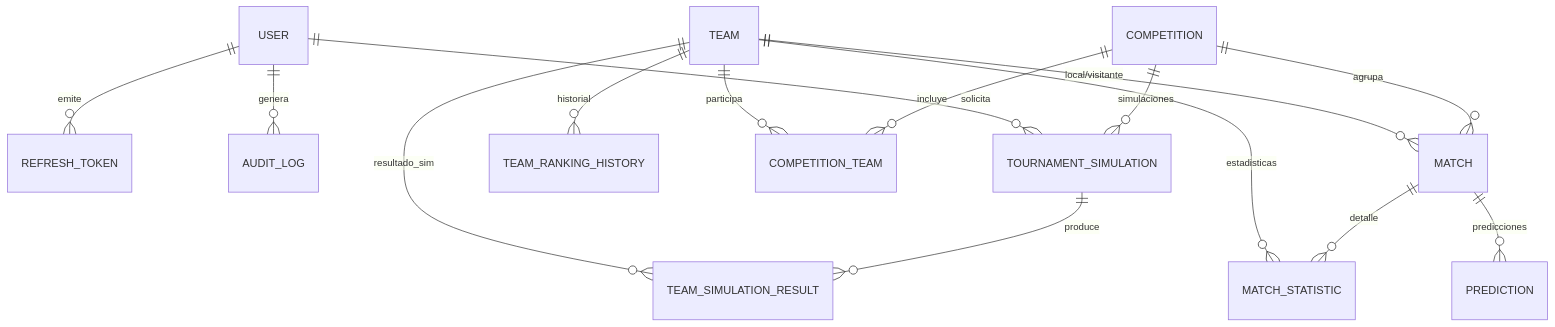
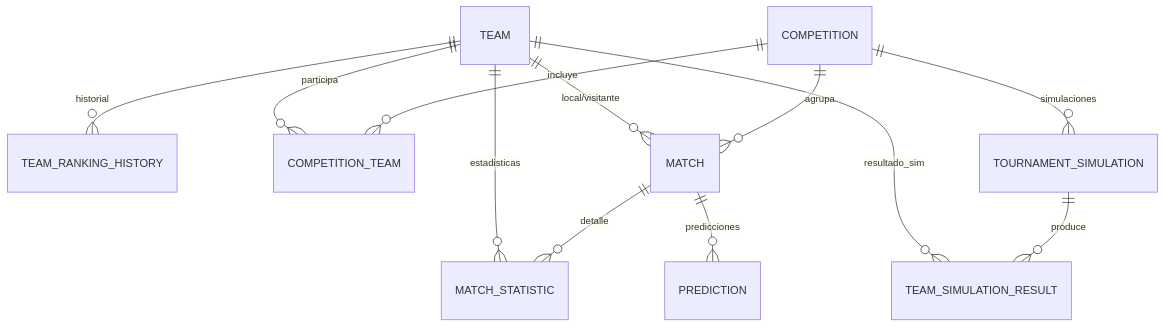
Before and after one commit to PaulRrH/football-analytics-platform: the diagram in docs/DATABASE.md, drawn with Mermaid. The commit also changed other lines of this file and 77 other files, not shown here.

````diff
--- a/docs/DATABASE.md
+++ b/docs/DATABASE.md
@@ -10,17 +10,14 @@
 ```mermaid
 erDiagram
-    USER ||--o{ REFRESH_TOKEN : emite
-    USER ||--o{ AUDIT_LOG : genera
-    USER ||--o{ TOURNAMENT_SIMULATION : solicita
     TEAM ||--o{ TEAM_RANKING_HISTORY : historial
     TEAM ||--o{ COMPETITION_TEAM : participa
     TEAM ||--o{ MATCH : "local/visitante"
     TEAM ||--o{ MATCH_STATISTIC : estadisticas
     TEAM ||--o{ TEAM_SIMULATION_RESULT : resultado_sim
     COMPETITION ||--o{ COMPETITION_TEAM : incluye
     COMPETITION ||--o{ MATCH : agrupa
     COMPETITION ||--o{ TOURNAMENT_SIMULATION : simulaciones
     MATCH ||--o{ MATCH_STATISTIC : detalle
     MATCH ||--o{ PREDICTION : predicciones
     TOURNAMENT_SIMULATION ||--o{ TEAM_SIMULATION_RESULT : produce
 ```
````
